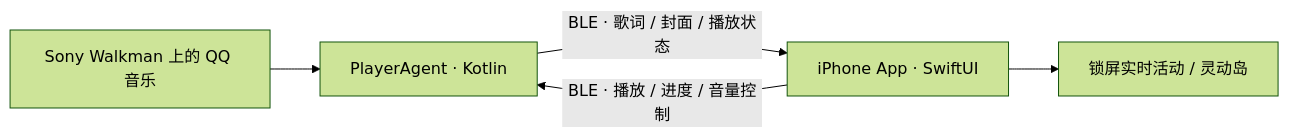
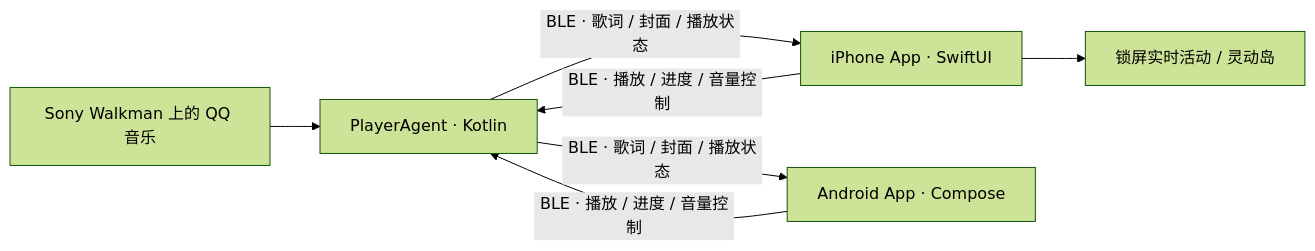
One commit to a3384379/MusicBleController changed the diagram in README.zh-CN.md. Above: the diagram before and after it, drawn with Mermaid (forest theme). The commit also changed other lines of this file and 43 other files, not shown here.

Commit message:
feat: rebuild Android controller with Sony BLE V2

````diff
--- a/README.zh-CN.md
+++ b/README.zh-CN.md
@@ -68,7 +71,9 @@
 ```mermaid
 flowchart LR
     QQ["Sony Walkman 上的 QQ 音乐"] --> Agent["PlayerAgent · Kotlin"]
     Agent -->|"BLE · 歌词 / 封面 / 播放状态"| iOS["iPhone App · SwiftUI"]
+    Agent -->|"BLE · 歌词 / 封面 / 播放状态"| Android["Android App · Compose"]
     iOS -->|"BLE · 播放 / 进度 / 音量控制"| Agent
+    Android -->|"BLE · 播放 / 进度 / 音量控制"| Agent
     iOS --> Live["锁屏实时活动 / 灵动岛"]
 ```
````
